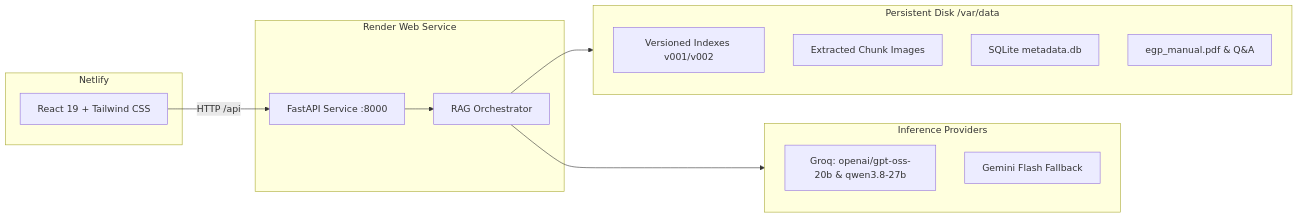
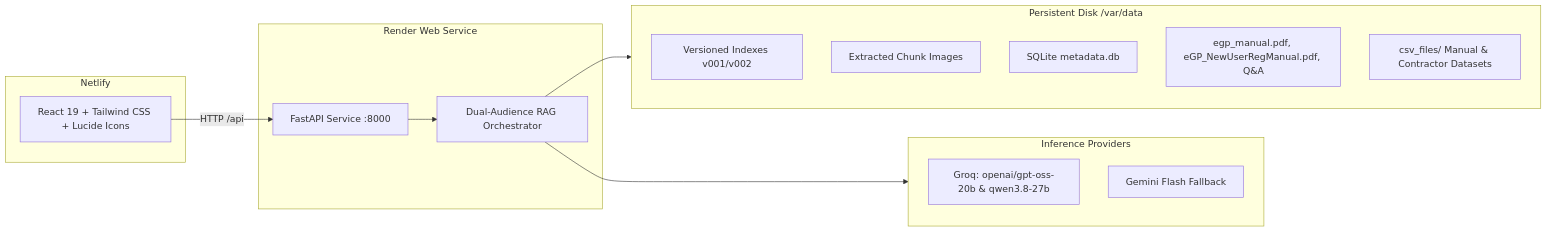
One commit to Syeed7682/E-GP-Chatbot changed the diagram in documents/DEPLOYMENT_GUIDE.md. Above: the diagram before and after it, drawn with Mermaid. The commit also changed other lines of this file and 64 other files, not shown here.

````diff
--- a/documents/DEPLOYMENT_GUIDE.md
+++ b/documents/DEPLOYMENT_GUIDE.md
@@ -9,28 +9,29 @@
 ```mermaid
 flowchart LR
     subgraph Frontend [Netlify]
-        UI[React 19 + Tailwind CSS]
+        UI[React 19 + Tailwind CSS + Lucide Icons]
     end
 
     subgraph Backend [Render Web Service]
         API[FastAPI Service :8000]
-        RAG[RAG Orchestrator]
+        RAG[Dual-Audience RAG Orchestrator]
     end
 
     subgraph Storage [Persistent Disk /var/data]
         IDX[Versioned Indexes v001/v002]
         IMG[Extracted Chunk Images]
         SQL[SQLite metadata.db]
-        RAW[egp_manual.pdf & Q&A]
+        RAW[egp_manual.pdf, eGP_NewUserRegManual.pdf, Q&A]
+        CSV[csv_files/ Manual & Contractor Datasets]
     end
 
     subgraph Providers [Inference Providers]
         GROQ[Groq: openai/gpt-oss-20b & qwen3.8-27b]
         GEMINI[Gemini Flash Fallback]
     end
 
     UI -->|HTTP /api| API
     API --> RAG
     RAG --> Storage
     RAG --> Providers
 ```
````
